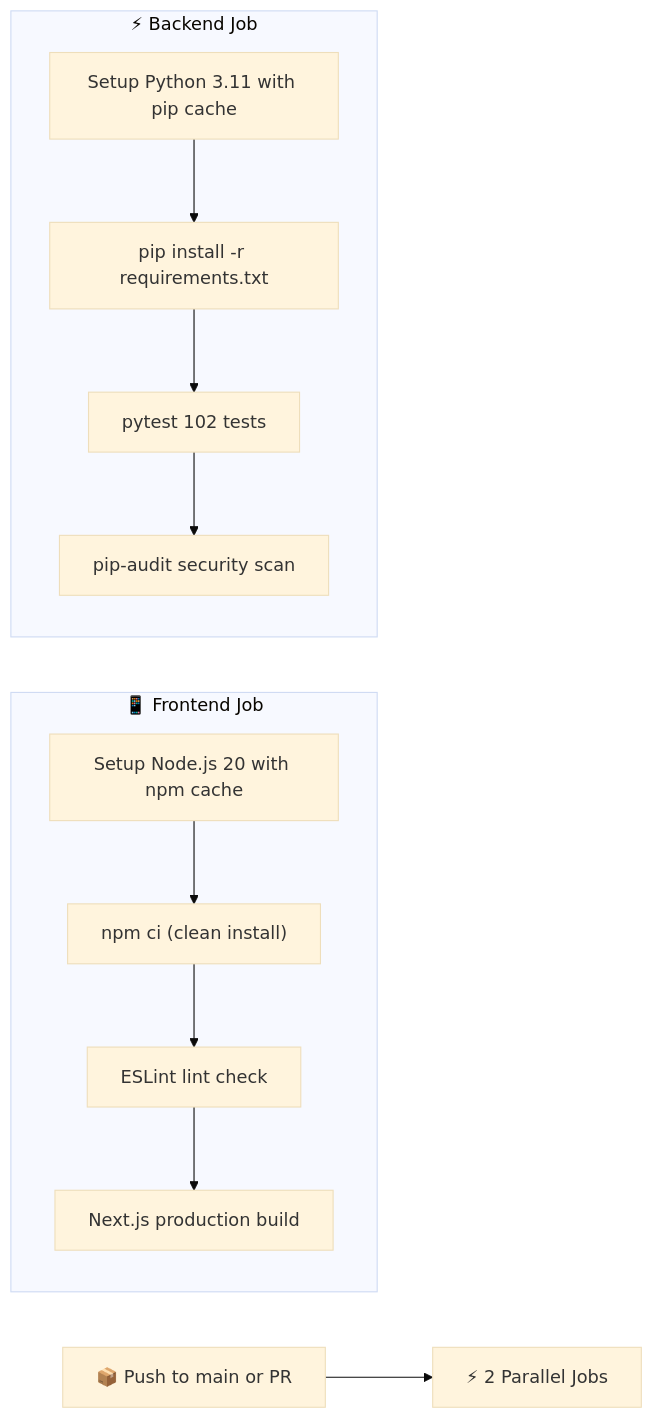
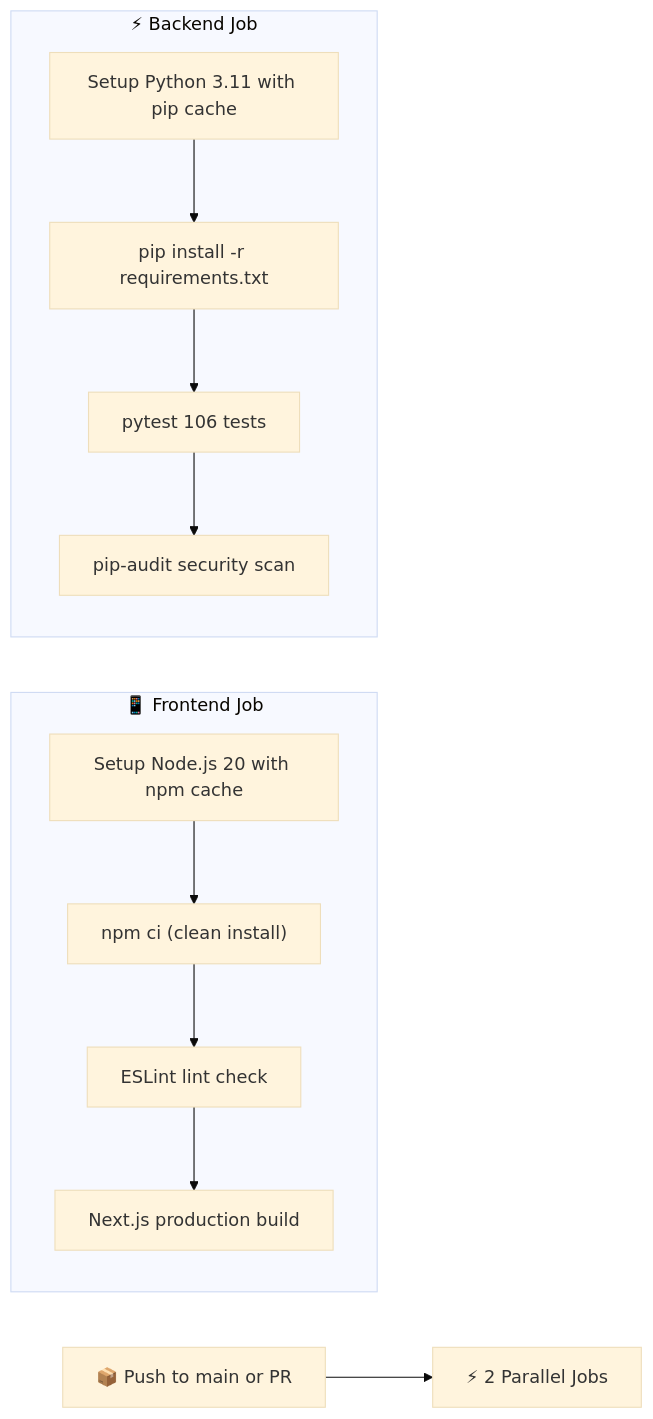
One commit to Anil-Pradhan-web/ai-career-mentor changed the diagram in README.md. Above: the diagram before and after it, drawn with Mermaid (base theme). The commit also changed other lines of this file, not shown here.

````diff
--- a/README.md
+++ b/README.md
@@ -201,19 +206,19 @@
 ```mermaid
 flowchart LR
     TRIGGER["📦 Push to main or PR"]
     TRIGGER --> PARALLEL["⚡ 2 Parallel Jobs"]
     
     subgraph "📱 Frontend Job"
         F1["Setup Node.js 20 with npm cache"]
         F1 --> F2["npm ci (clean install)"]
         F2 --> F3["ESLint lint check"]
         F3 --> F4["Next.js production build"]
     end
     
     subgraph "⚡ Backend Job"
         B1["Setup Python 3.11 with pip cache"]
         B1 --> B2["pip install -r requirements.txt"]
-        B2 --> B3["pytest 102 tests"]
+        B2 --> B3["pytest 106 tests"]
         B3 --> B4["pip-audit security scan"]
     end
 ```
````
